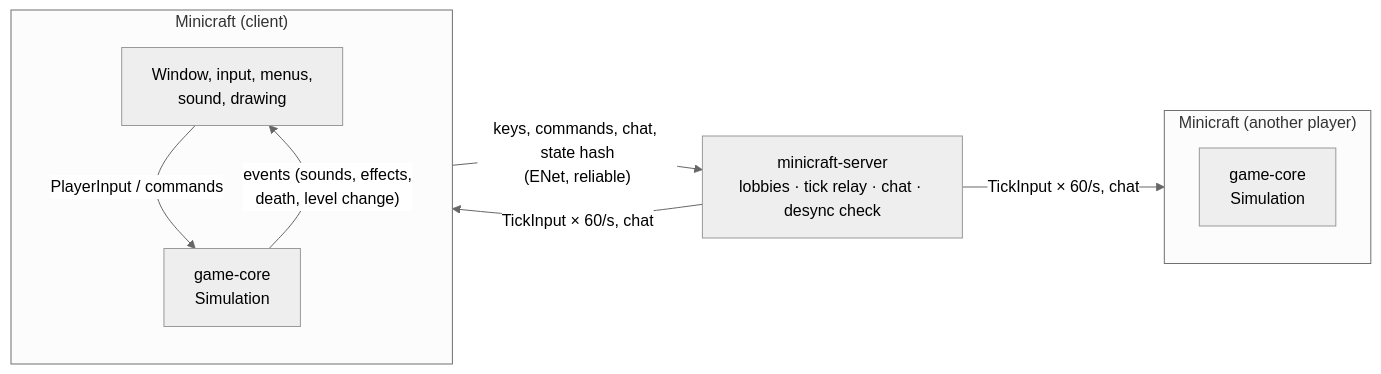
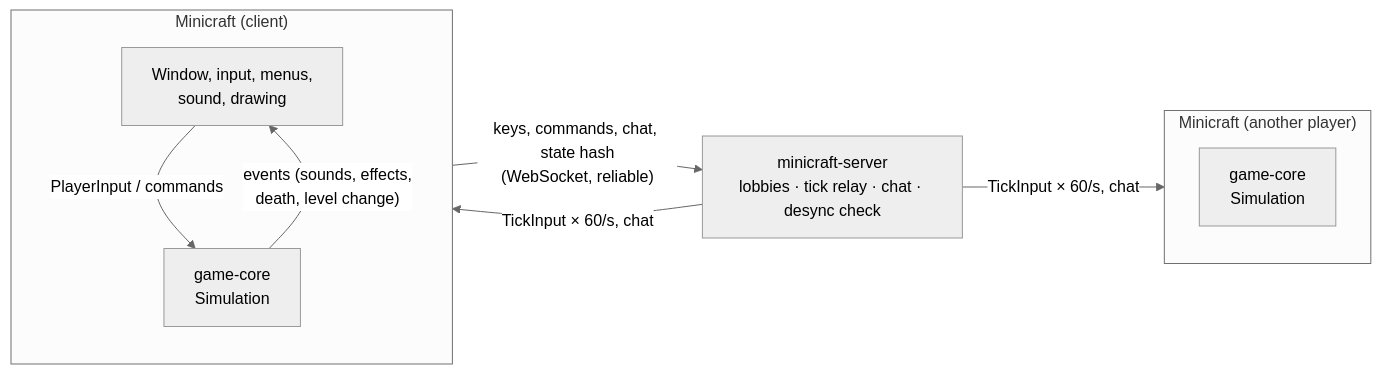
The first of 2 diagrams in README.md (AdnaneBJA/Minicraft), drawn with Mermaid (neutral theme) before and after one commit. The commit also changed other lines of this file and 4 other files, not shown here.

````diff
--- a/README.md
+++ b/README.md
@@ -70,16 +74,16 @@
 ```mermaid
 flowchart LR
     subgraph Client["Minicraft (client)"]
         UI["Window, input, menus,<br/>sound, drawing"]
         SimA["game-core<br/>Simulation"]
         UI -- "PlayerInput / commands" --> SimA
         SimA -- "events (sounds, effects,<br/>death, level change)" --> UI
     end
     subgraph Client2["Minicraft (another player)"]
         SimB["game-core<br/>Simulation"]
     end
     Server["minicraft-server<br/>lobbies · tick relay · chat · desync check"]
-    Client -- "keys, commands, chat, state hash<br/>(ENet, reliable)" --> Server
+    Client -- "keys, commands, chat, state hash<br/>(WebSocket, reliable)" --> Server
     Server -- "TickInput × 60/s, chat" --> Client
     Server -- "TickInput × 60/s, chat" --> Client2
 ```
````
